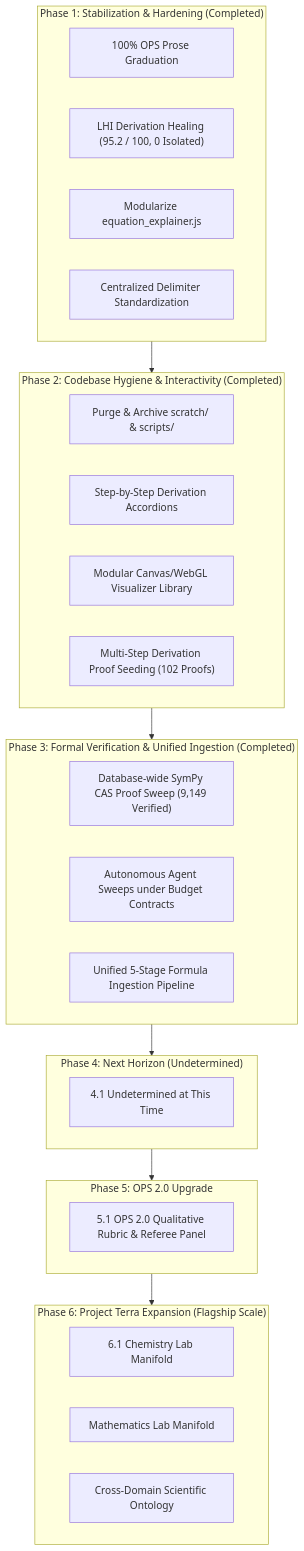
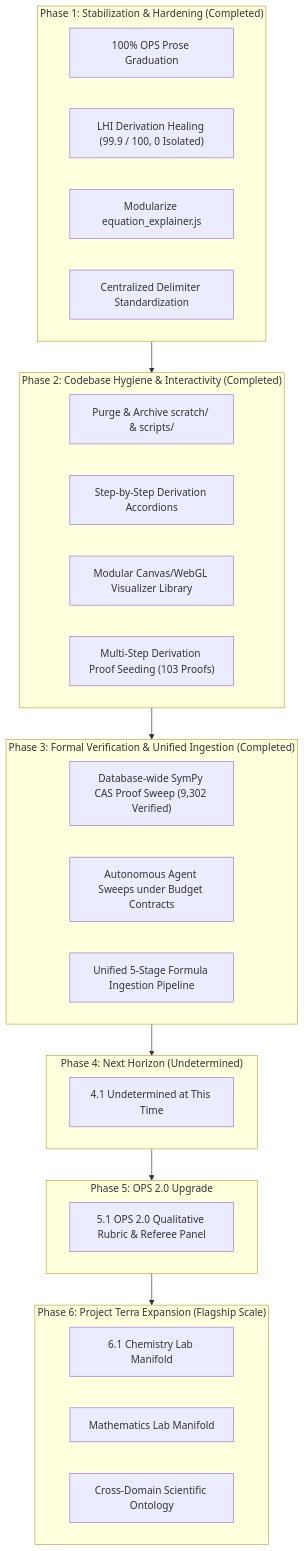
One commit to jholobetz/terra changed the diagram in docs/roadmap.md. Above: the diagram before and after it, drawn with Mermaid. The commit also changed other lines of this file and 10 other files, not shown here.

````diff
--- a/docs/roadmap.md
+++ b/docs/roadmap.md
@@ -27,42 +27,42 @@
 ```mermaid
 flowchart TD
     subgraph Phase1["Phase 1: Stabilization & Hardening (Completed)"]
         P1A["100% OPS Prose Graduation"]
-        P1B["LHI Derivation Healing (95.2 / 100, 0 Isolated)"]
+        P1B["LHI Derivation Healing (99.9 / 100, 0 Isolated)"]
         P1C["Modularize equation_explainer.js"]
         P1D["Centralized Delimiter Standardization"]
     end
 
     subgraph Phase2["Phase 2: Codebase Hygiene & Interactivity (Completed)"]
         P2A["Purge & Archive scratch/ & scripts/"]
         P2B["Step-by-Step Derivation Accordions"]
         P2C["Modular Canvas/WebGL Visualizer Library"]
-        P2D["Multi-Step Derivation Proof Seeding (102 Proofs)"]
+        P2D["Multi-Step Derivation Proof Seeding (103 Proofs)"]
     end
 
     subgraph Phase3["Phase 3: Formal Verification & Unified Ingestion (Completed)"]
-        P3A["Database-wide SymPy CAS Proof Sweep (9,149 Verified)"]
+        P3A["Database-wide SymPy CAS Proof Sweep (9,302 Verified)"]
         P3B["Autonomous Agent Sweeps under Budget Contracts"]
         P3C["Unified 5-Stage Formula Ingestion Pipeline"]
     end
 
     subgraph Phase4["Phase 4: Next Horizon (Undetermined)"]
         P4A["4.1 Undetermined at This Time"]
     end
 
     subgraph Phase5["Phase 5: OPS 2.0 Upgrade"]
         P5A["5.1 OPS 2.0 Qualitative Rubric & Referee Panel"]
     end
 
     subgraph Phase6["Phase 6: Project Terra Expansion (Flagship Scale)"]
         P6A["6.1 Chemistry Lab Manifold"]
         P6B["Mathematics Lab Manifold"]
         P6C["Cross-Domain Scientific Ontology"]
     end
 
     Phase1 --> Phase2
     Phase2 --> Phase3
     Phase3 --> Phase4
     Phase4 --> Phase5
     Phase5 --> Phase6
 ```
````
